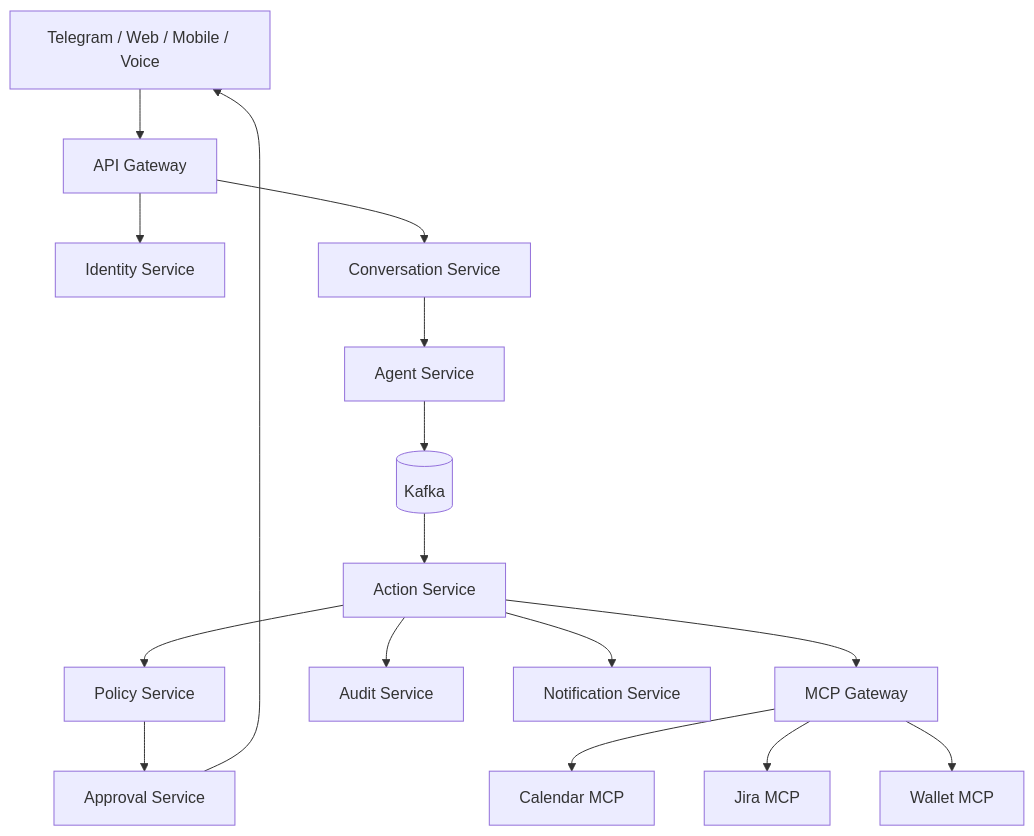
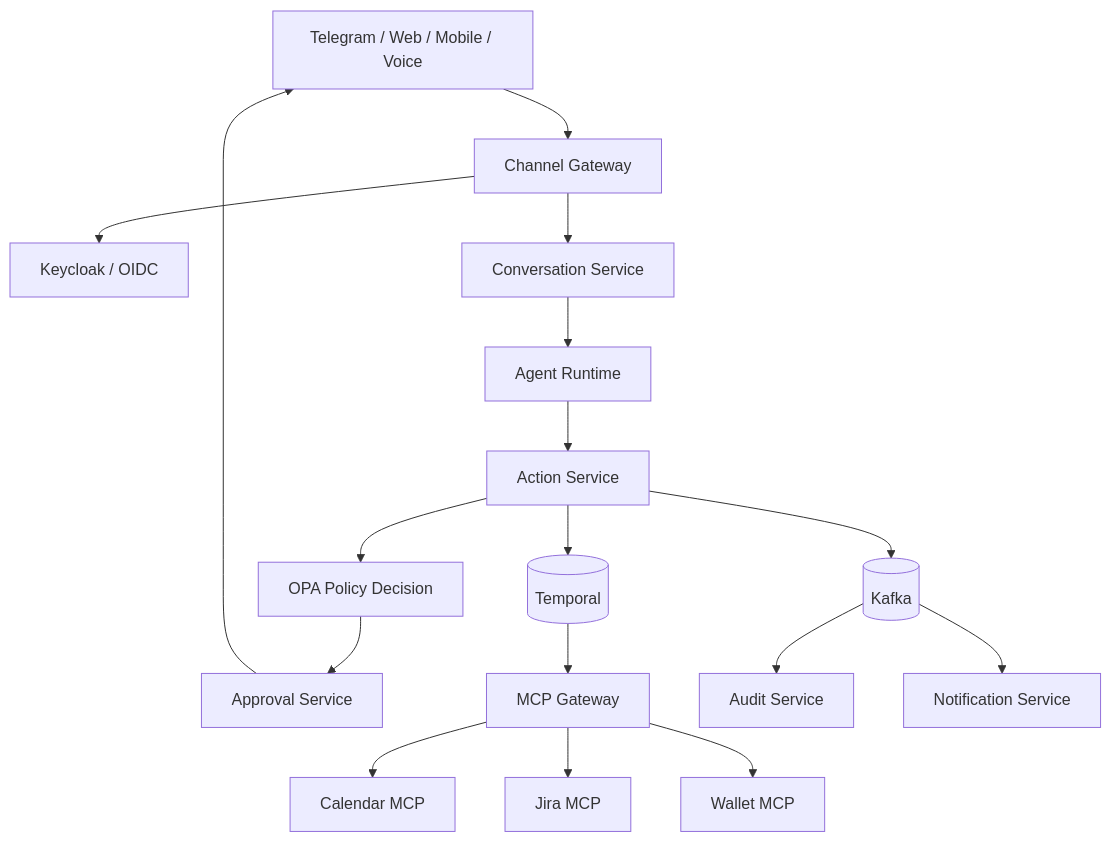
Before and after one commit to portable-agent/platform: the diagram in docs/architecture/PLATFORM.md, drawn with Mermaid. The commit also changed other lines of this file and 37 other files, not shown here.

Commit message:
docs: establish polyglot architecture and open source portal

````diff
--- a/docs/architecture/PLATFORM.md
+++ b/docs/architecture/PLATFORM.md
@@ -5,18 +5,19 @@
 ```mermaid
 flowchart TB
-    Channels[Telegram / Web / Mobile / Voice] --> Gateway[API Gateway]
-    Gateway --> Identity[Identity Service]
-    Gateway --> Conversation[Conversation Service]
-    Conversation --> Agent[Agent Service]
-    Agent --> Bus[(Kafka)]
-    Bus --> Action[Action Service]
-    Action --> Policy[Policy Service]
+    Channels[Telegram / Web / Mobile / Voice] --> Edge[Channel Gateway]
+    Edge --> Identity[Keycloak / OIDC]
+    Edge --> Conversation[Conversation Service]
+    Conversation --> Agent[Agent Runtime]
+    Agent --> Action[Action Service]
+    Action --> Policy[OPA Policy Decision]
     Policy --> Approval[Approval Service]
     Approval --> Channels
-    Action --> MCP[MCP Gateway]
+    Action --> Temporal[(Temporal)]
+    Temporal --> MCP[MCP Gateway]
     MCP --> Calendar[Calendar MCP]
     MCP --> Jira[Jira MCP]
     MCP --> Wallet[Wallet MCP]
-    Action --> Audit[Audit Service]
-    Action --> Notification[Notification Service]
+    Action --> Kafka[(Kafka)]
+    Kafka --> Audit[Audit Service]
+    Kafka --> Notification[Notification Service]
 ```
````
